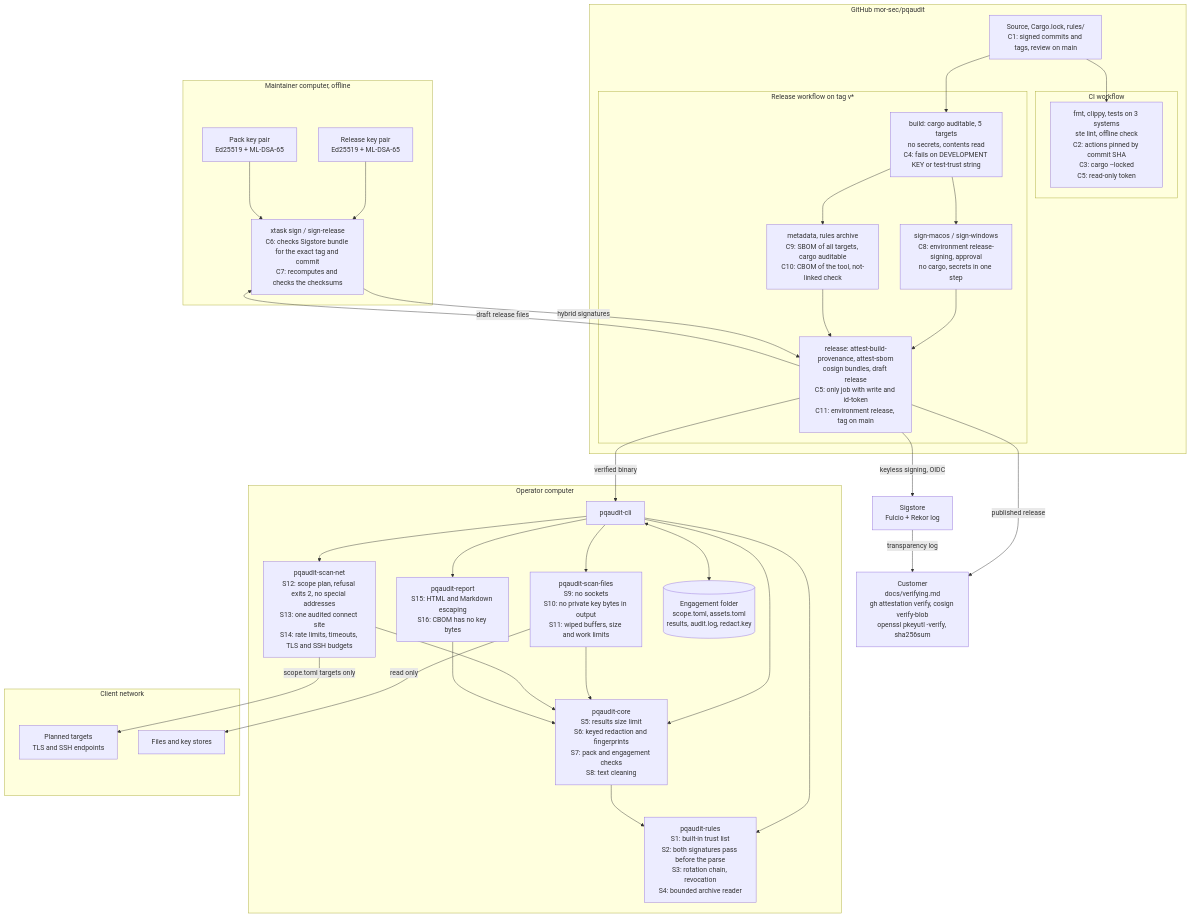
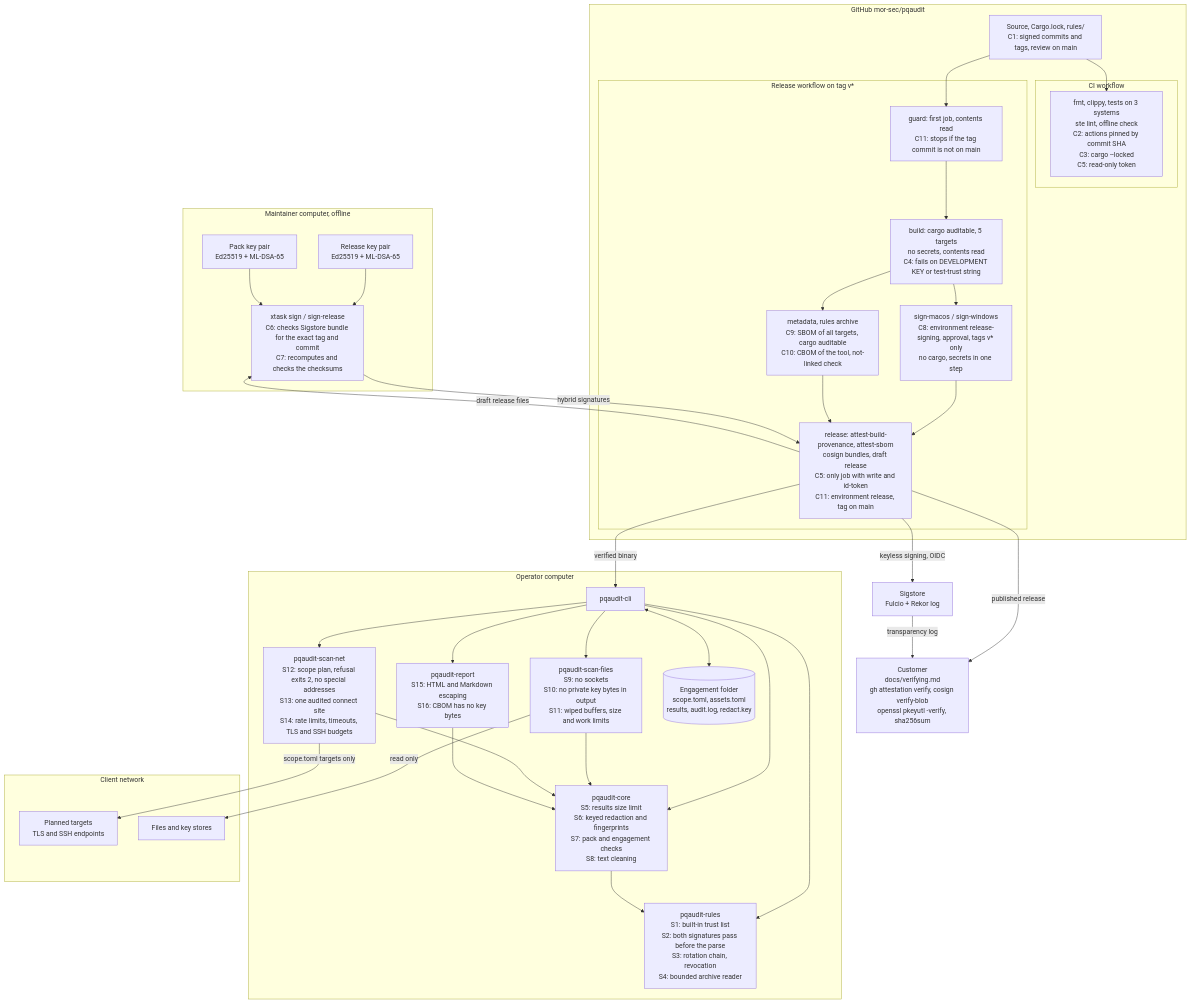
One commit to mor-sec/pqaudit changed the diagram in docs/architecture.md. Above: the diagram before and after it, drawn with Mermaid. The commit also changed other lines of this file and 2 other files, not shown here.

Commit message:
Check that the tag is on main before the build starts
The check of the tag commit ran only in the last job. Thus a tag on a commit that is not on main still ran the build job and the signing jobs.

Now the first job guard does the same check with a read-only token. The jobs test and build need it, so the signing jobs also wait for it. The job release keeps its own check. The maintainer guide now says that the release-signing environment must also allow only tags v*.

````diff
--- a/docs/architecture.md
+++ b/docs/architecture.md
@@ -44,67 +44,69 @@
 ```mermaid
 flowchart TB
     subgraph MAINT["Maintainer computer, offline"]
         PK["Pack key pair<br/>Ed25519 + ML-DSA-65"]
         RK["Release key pair<br/>Ed25519 + ML-DSA-65"]
         SIGN["xtask sign / sign-release<br/>C6: checks Sigstore bundle for the exact tag and commit<br/>C7: recomputes and checks the checksums"]
     end
 
     subgraph GH["GitHub mor-sec/pqaudit"]
         SRC["Source, Cargo.lock, rules/<br/>C1: signed commits and tags, review on main"]
         subgraph CI["CI workflow"]
             CHK["fmt, clippy, tests on 3 systems<br/>ste lint, offline check<br/>C2: actions pinned by commit SHA<br/>C3: cargo --locked<br/>C5: read-only token"]
         end
         subgraph REL["Release workflow on tag v*"]
+            GUARD["guard: first job, contents read<br/>C11: stops if the tag commit is not on main"]
             BUILD["build: cargo auditable, 5 targets<br/>no secrets, contents read<br/>C4: fails on DEVELOPMENT KEY or test-trust string"]
-            SGN["sign-macos / sign-windows<br/>C8: environment release-signing, approval<br/>no cargo, secrets in one step"]
+            SGN["sign-macos / sign-windows<br/>C8: environment release-signing, approval, tags v* only<br/>no cargo, secrets in one step"]
             META["metadata, rules archive<br/>C9: SBOM of all targets, cargo auditable<br/>C10: CBOM of the tool, not-linked check"]
             PUB["release: attest-build-provenance, attest-sbom<br/>cosign bundles, draft release<br/>C5: only job with write and id-token<br/>C11: environment release, tag on main"]
         end
     end
 
     SIG["Sigstore<br/>Fulcio + Rekor log"]
     USER["Customer<br/>docs/verifying.md<br/>gh attestation verify, cosign verify-blob<br/>openssl pkeyutl -verify, sha256sum"]
 
     subgraph OP["Operator computer"]
         CLI["pqaudit-cli"]
         RULES["pqaudit-rules<br/>S1: built-in trust list<br/>S2: both signatures pass before the parse<br/>S3: rotation chain, revocation<br/>S4: bounded archive reader"]
         CORE["pqaudit-core<br/>S5: results size limit<br/>S6: keyed redaction and fingerprints<br/>S7: pack and engagement checks<br/>S8: text cleaning"]
         FILES["pqaudit-scan-files<br/>S9: no sockets<br/>S10: no private key bytes in output<br/>S11: wiped buffers, size and work limits"]
         NET["pqaudit-scan-net<br/>S12: scope plan, refusal exits 2, no special addresses<br/>S13: one audited connect site<br/>S14: rate limits, timeouts, TLS and SSH budgets"]
         REP["pqaudit-report<br/>S15: HTML and Markdown escaping<br/>S16: CBOM has no key bytes"]
         ENG[("Engagement folder<br/>scope.toml, assets.toml<br/>results, audit.log, redact.key")]
     end
 
     subgraph CLIENT["Client network"]
         TGT["Planned targets<br/>TLS and SSH endpoints"]
         DISK["Files and key stores"]
     end
 
     SRC --> CHK
-    SRC --> BUILD
+    SRC --> GUARD
+    GUARD --> BUILD
     BUILD --> SGN
     BUILD --> META
     SGN --> PUB
     META --> PUB
     PUB -- "keyless signing, OIDC" --> SIG
     PUB -- "draft release files" --> SIGN
     RK --> SIGN
     PK --> SIGN
     SIGN -- "hybrid signatures" --> PUB
     PUB -- "published release" --> USER
     SIG -- "transparency log" --> USER
     PUB -- "verified binary" --> CLI
 
     CLI --> RULES
     CLI --> FILES
     CLI --> NET
     CLI --> CORE
     CLI --> REP
     FILES --> CORE
     NET --> CORE
     REP --> CORE
     CORE --> RULES
     CLI <--> ENG
     FILES -- "read only" --> DISK
     NET -- "scope.toml targets only" --> TGT
 ```
````
